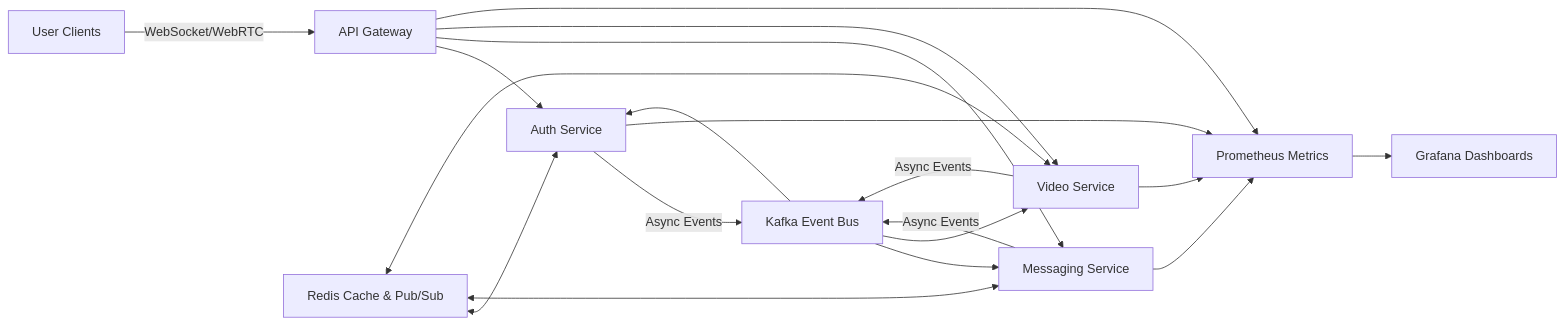
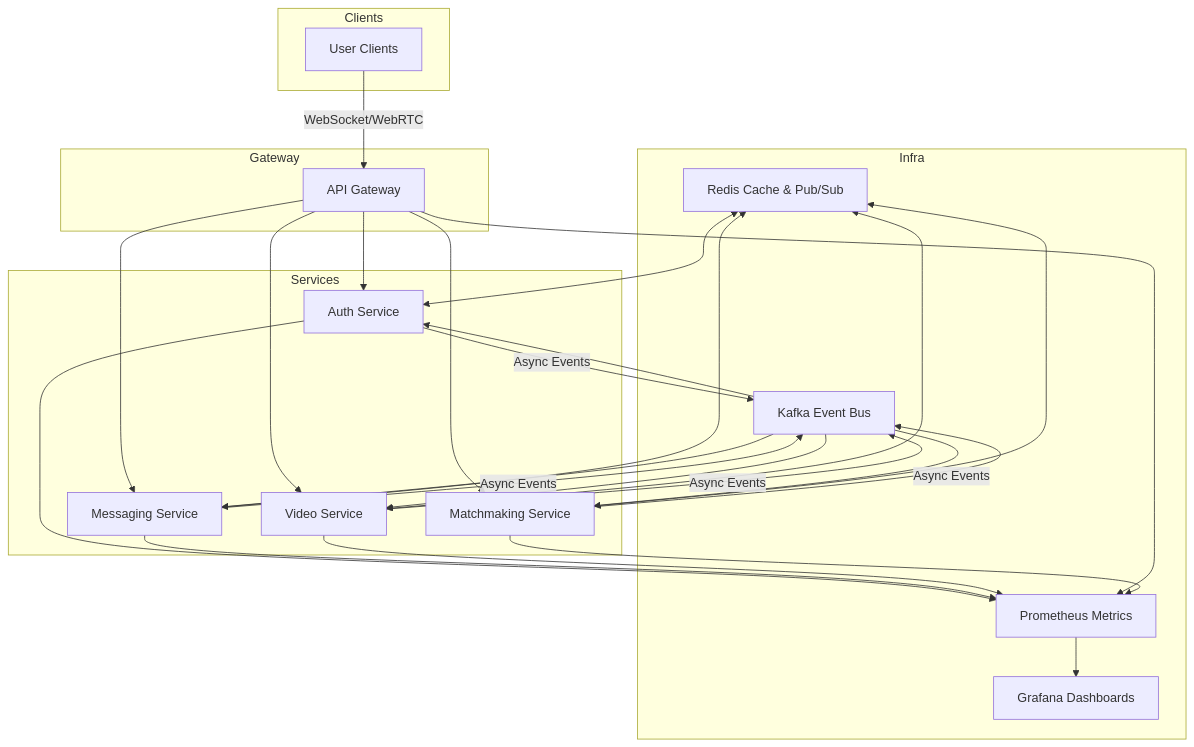
The diagram in README.md (sarihammad/chattr), drawn with Mermaid before and after one commit. The commit also changed other lines of this file, not shown here.

````diff
--- a/README.md
+++ b/README.md
@@ -7,21 +7,53 @@
 ```mermaid
-graph LR
-    UserClients[User Clients] -->|WebSocket/WebRTC| APIGateway[API Gateway]
-    APIGateway --> AuthService[Auth Service]
-    APIGateway --> MessagingService[Messaging Service]
-    APIGateway --> VideoService[Video Service]
-    AuthService -->|Async Events| Kafka[Kafka Event Bus]
+graph TD
+    subgraph Clients
+        UserClients[User Clients]
+    end
+
+    subgraph Gateway
+        APIGateway[API Gateway]
+    end
+
+    subgraph Services
+        AuthService[Auth Service]
+        MessagingService[Messaging Service]
+        VideoService[Video Service]
+        MatchmakingService[Matchmaking Service]
+    end
+
+    subgraph Infra
+        Kafka[Kafka Event Bus]
+        Redis[Redis Cache & Pub/Sub]
+        Prometheus[Prometheus Metrics]
+        Grafana[Grafana Dashboards]
+    end
+
+    UserClients -->|WebSocket/WebRTC| APIGateway
+
+    APIGateway --> AuthService
+    APIGateway --> MessagingService
+    APIGateway --> VideoService
+    APIGateway --> MatchmakingService
+
+    AuthService -->|Async Events| Kafka
     MessagingService -->|Async Events| Kafka
     VideoService -->|Async Events| Kafka
+    MatchmakingService -->|Async Events| Kafka
+
     Kafka --> AuthService
     Kafka --> MessagingService
     Kafka --> VideoService
-    Redis[Redis Cache & Pub/Sub] <--> AuthService
+    Kafka --> MatchmakingService
+
+    Redis <--> AuthService
     Redis <--> MessagingService
     Redis <--> VideoService
-    Prometheus[Prometheus Metrics] --> Grafana[Grafana Dashboards]
+    Redis <--> MatchmakingService
+
+    Prometheus --> Grafana
     AuthService --> Prometheus
     MessagingService --> Prometheus
     VideoService --> Prometheus
     APIGateway --> Prometheus
+    MatchmakingService --> Prometheus
 ```
````
